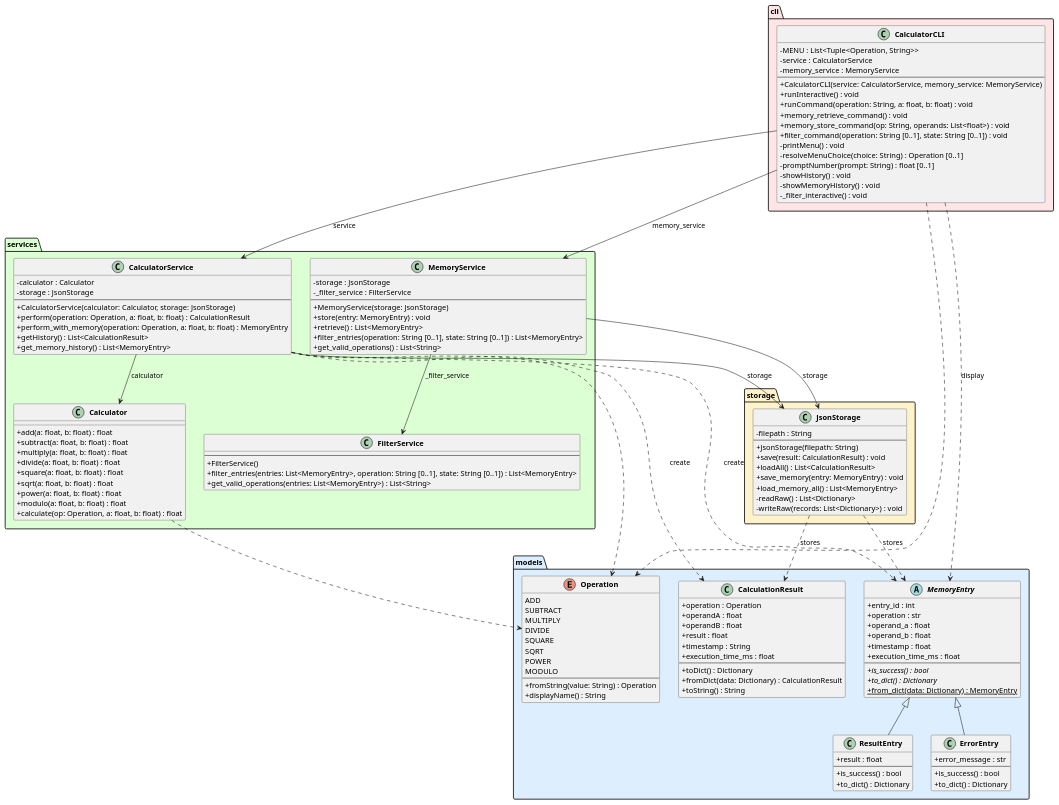
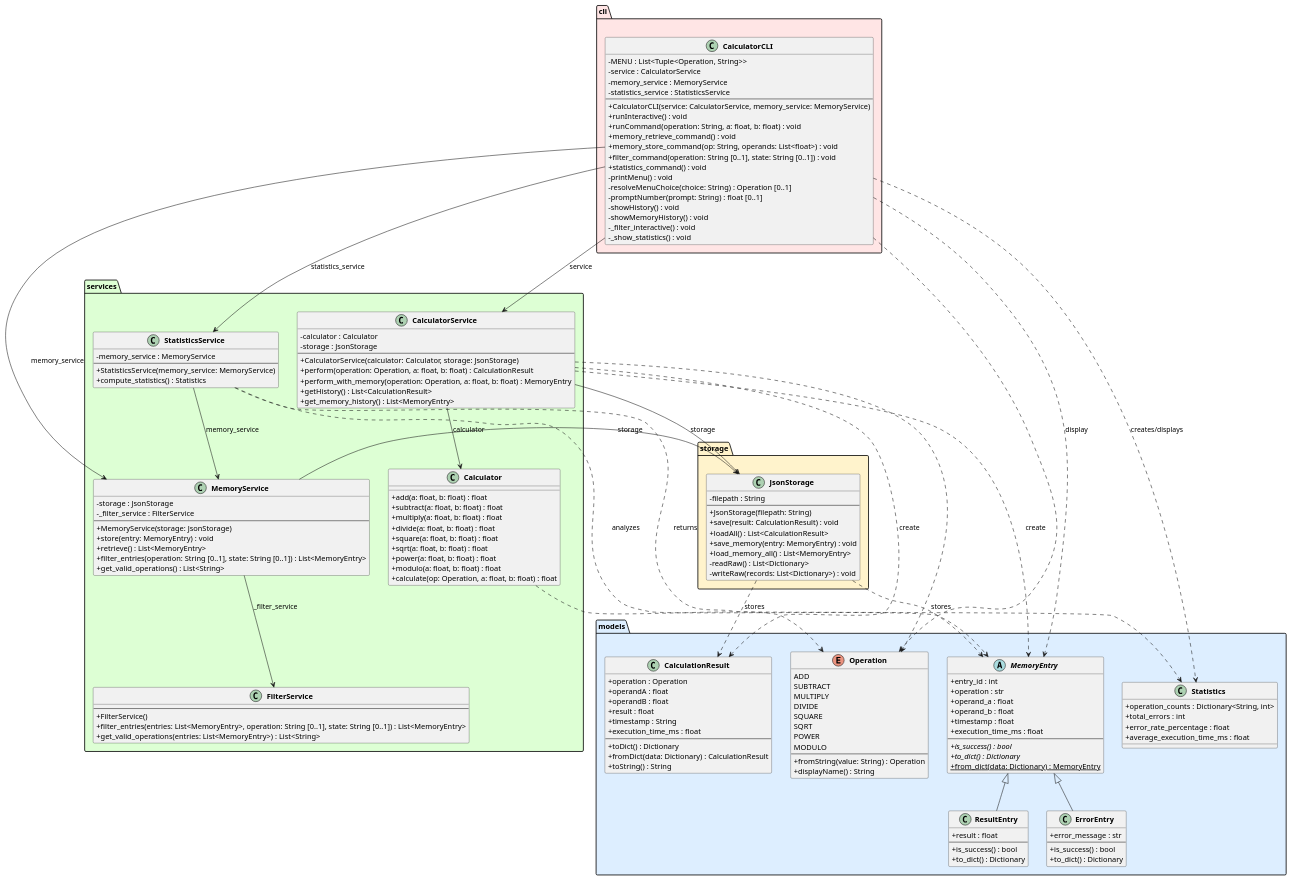
The diagram in experiments/broadcast/user_stories/calculator/artifacts/class_diagram.puml (DanielRiha8906/Software_autoevolution_using_agents), drawn with PlantUML before and after one commit. The commit also changed 15 other files, not shown here.

```diff
--- a/experiments/broadcast/user_stories/calculator/artifacts/class_diagram.puml
+++ b/experiments/broadcast/user_stories/calculator/artifacts/class_diagram.puml
@@ -1,159 +1,181 @@
 @startuml class_diagram
 
 skinparam classAttributeIconSize 0
 skinparam classFontStyle bold
 
 package "models" #DDEEFF {
     enum Operation {
         ADD
         SUBTRACT
         MULTIPLY
         DIVIDE
         SQUARE
         SQRT
         POWER
         MODULO
         --
         +fromString(value: String) : Operation
         +displayName() : String
     }
 
     class CalculationResult {
         +operation : Operation
         +operandA : float
         +operandB : float
         +result : float
         +timestamp : String
         +execution_time_ms : float
         --
         +toDict() : Dictionary
         +fromDict(data: Dictionary) : CalculationResult
         +toString() : String
     }
 
     abstract class MemoryEntry {
         +entry_id : int
         +operation : str
         +operand_a : float
         +operand_b : float
         +timestamp : float
         +execution_time_ms : float
         --
         +is_success() : bool {abstract}
         +to_dict() : Dictionary {abstract}
         +from_dict(data: Dictionary) : MemoryEntry {static}
     }
 
     class ResultEntry {
         +result : float
         --
         +is_success() : bool
         +to_dict() : Dictionary
     }
 
     class ErrorEntry {
         +error_message : str
         --
         +is_success() : bool
         +to_dict() : Dictionary
     }
 
+    class Statistics {
+        +operation_counts : Dictionary<String, int>
+        +total_errors : int
+        +error_rate_percentage : float
+        +average_execution_time_ms : float
+    }
+
     MemoryEntry <|-- ResultEntry
     MemoryEntry <|-- ErrorEntry
 }
 
 package "services" #DDFFD4 {
     class Calculator {
         +add(a: float, b: float) : float
         +subtract(a: float, b: float) : float
         +multiply(a: float, b: float) : float
         +divide(a: float, b: float) : float
         +square(a: float, b: float) : float
         +sqrt(a: float, b: float) : float
         +power(a: float, b: float) : float
         +modulo(a: float, b: float) : float
         +calculate(op: Operation, a: float, b: float) : float
     }
 
     class CalculatorService {
         -calculator : Calculator
         -storage : JsonStorage
         --
         +CalculatorService(calculator: Calculator, storage: JsonStorage)
         +perform(operation: Operation, a: float, b: float) : CalculationResult
         +perform_with_memory(operation: Operation, a: float, b: float) : MemoryEntry
         +getHistory() : List<CalculationResult>
         +get_memory_history() : List<MemoryEntry>
     }
 
     class FilterService {
         --
         +FilterService()
         +filter_entries(entries: List<MemoryEntry>, operation: String [0..1], state: String [0..1]) : List<MemoryEntry>
         +get_valid_operations(entries: List<MemoryEntry>) : List<String>
     }
 
     class MemoryService {
         -storage : JsonStorage
         -_filter_service : FilterService
         --
         +MemoryService(storage: JsonStorage)
         +store(entry: MemoryEntry) : void
         +retrieve() : List<MemoryEntry>
         +filter_entries(operation: String [0..1], state: String [0..1]) : List<MemoryEntry>
         +get_valid_operations() : List<String>
     }
+
+    class StatisticsService {
+        -memory_service : MemoryService
+        --
+        +StatisticsService(memory_service: MemoryService)
+        +compute_statistics() : Statistics
+    }
 }
 
 package "storage" #FFF3CC {
     class JsonStorage {
         -filepath : String
         --
         +JsonStorage(filepath: String)
         +save(result: CalculationResult) : void
         +loadAll() : List<CalculationResult>
         +save_memory(entry: MemoryEntry) : void
         +load_memory_all() : List<MemoryEntry>
         -readRaw() : List<Dictionary>
         -writeRaw(records: List<Dictionary>) : void
     }
 }
 
 package "cli" #FFE5E5 {
     class CalculatorCLI {
         -MENU : List<Tuple<Operation, String>>
         -service : CalculatorService
         -memory_service : MemoryService
+        -statistics_service : StatisticsService
         --
         +CalculatorCLI(service: CalculatorService, memory_service: MemoryService)
         +runInteractive() : void
         +runCommand(operation: String, a: float, b: float) : void
         +memory_retrieve_command() : void
         +memory_store_command(op: String, operands: List<float>) : void
         +filter_command(operation: String [0..1], state: String [0..1]) : void
+        +statistics_command() : void
         -printMenu() : void
         -resolveMenuChoice(choice: String) : Operation [0..1]
         -promptNumber(prompt: String) : float [0..1]
         -showHistory() : void
         -showMemoryHistory() : void
         -_filter_interactive() : void
+        -_show_statistics() : void
     }
 }
 
 CalculatorCLI --> CalculatorService : service
 CalculatorCLI --> MemoryService : memory_service
+CalculatorCLI --> StatisticsService : statistics_service
 CalculatorService --> Calculator : calculator
 CalculatorService --> JsonStorage : storage
 MemoryService --> JsonStorage : storage
 MemoryService --> FilterService : _filter_service
+StatisticsService --> MemoryService : memory_service
 
 CalculatorService ..> CalculationResult : create
 CalculatorService ..> MemoryEntry : create
 CalculatorService ..> Operation
 CalculatorCLI ..> Operation
 CalculatorCLI ..> MemoryEntry : display
+CalculatorCLI ..> Statistics : creates/displays
+StatisticsService ..> Statistics : returns
+StatisticsService ..> MemoryEntry : analyzes
 Calculator ..> Operation
 JsonStorage ..> CalculationResult : stores
 JsonStorage ..> MemoryEntry : stores
 
 @enduml
```
